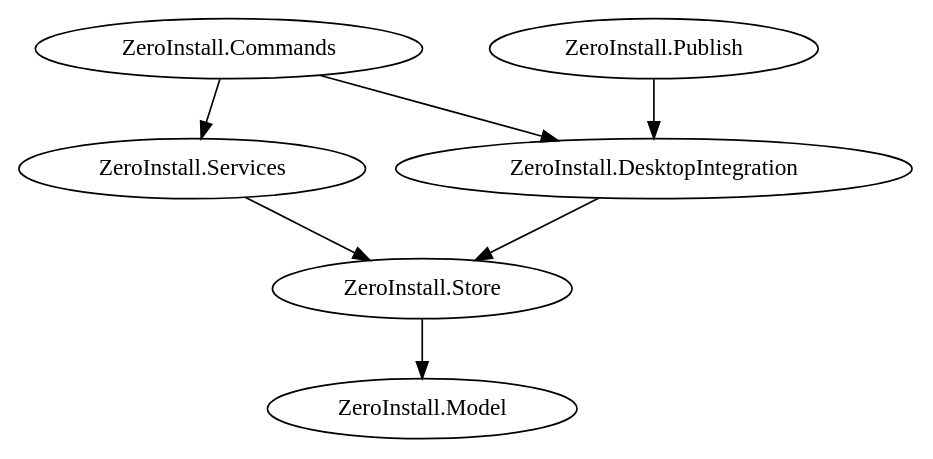
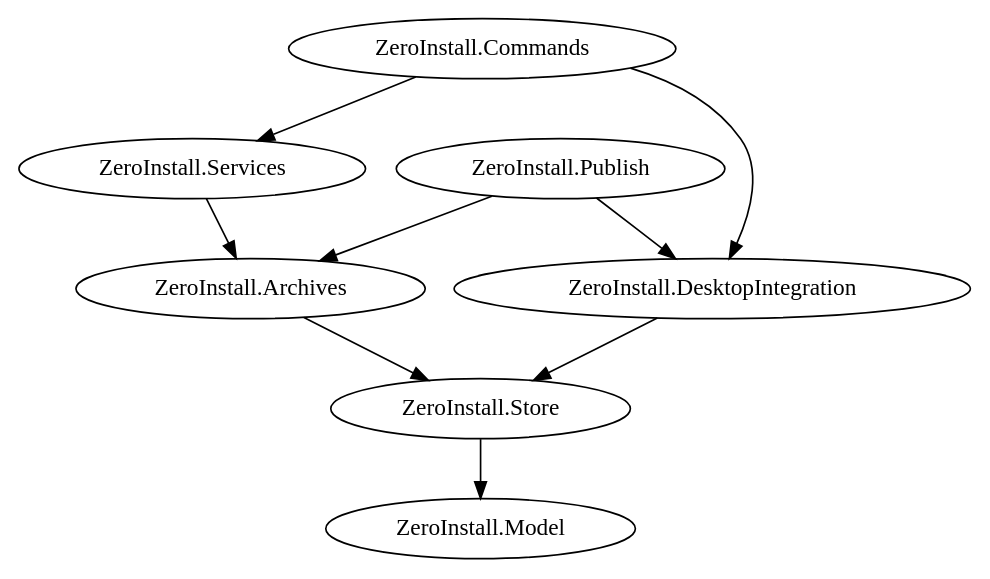
The diagram in doc/img/nuget-dependencies.dot (0install/0install-dotnet), drawn with Graphviz before and after one commit. The commit also changed 300 other files, not shown here.

```diff
--- a/doc/img/nuget-dependencies.dot
+++ b/doc/img/nuget-dependencies.dot
@@ -1,14 +1,16 @@
 digraph {
     commands [label="ZeroInstall.Commands"];
     publish [label="ZeroInstall.Publish"];
     services [label="ZeroInstall.Services"];
     desktop_integration [label="ZeroInstall.DesktopIntegration"];
+    archives [label="ZeroInstall.Archives"];
     store [label="ZeroInstall.Store"];
     model [label="ZeroInstall.Model"];
 
     commands -> {services desktop_integration};
-    publish -> desktop_integration;
-    services -> store;
+    publish -> {archives desktop_integration};
+    services -> archives;
+    archives -> store;
     desktop_integration -> store;
     store -> model;
 }
```
